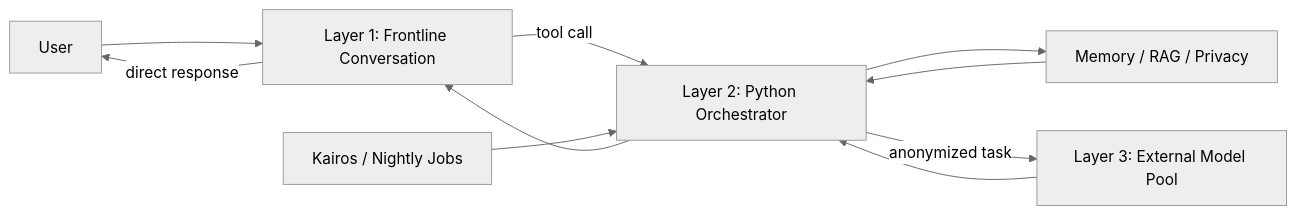
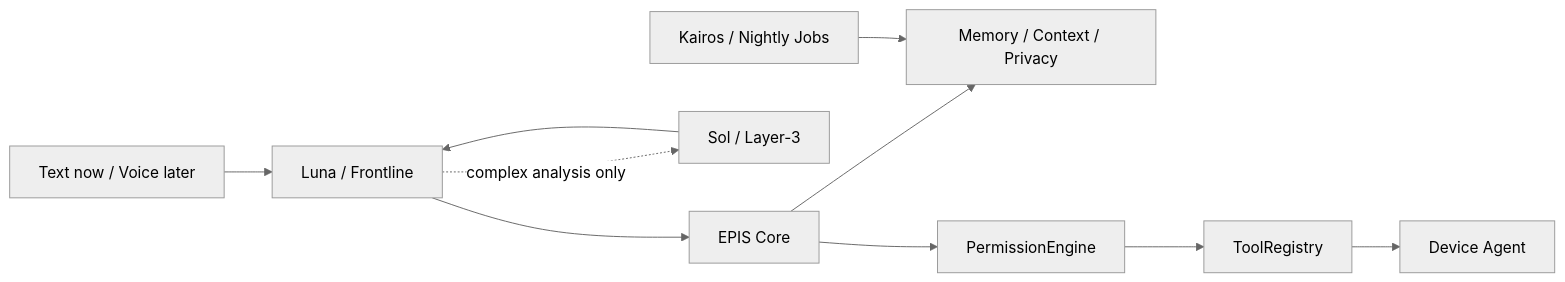
The diagram in docs/architecture.md (memirusta/EPIS), drawn with Mermaid (neutral theme) before and after one commit. The commit also changed other lines of this file and 2 other files, not shown here.

Commit message:
docs: record agentic pivot architecture

````diff
--- a/docs/architecture.md
+++ b/docs/architecture.md
@@ -5,12 +8,12 @@
 ```mermaid
 flowchart LR
-    U[User] --> L1[Layer 1: Frontline Conversation]
-    L1 -->|direct response| U
-    L1 -->|tool call| L2[Layer 2: Python Orchestrator]
-    L2 --> RAG[Memory / RAG / Privacy]
-    RAG --> L2
-    L2 -->|anonymized task| L3[Layer 3: External Model Pool]
-    L3 --> L2
-    L2 --> L1
-    K[Kairos / Nightly Jobs] --> L2
+    U[Text now / Voice later] --> L[Luna / Frontline]
+    L --> C[EPIS Core]
+    C --> RAG[Memory / Context / Privacy]
+    C --> PE[PermissionEngine]
+    PE --> TR[ToolRegistry]
+    TR --> DA[Device Agent]
+    L -. complex analysis only .-> S[Sol / Layer-3]
+    S --> L
+    K[Kairos / Nightly Jobs] --> RAG
 ```
````
